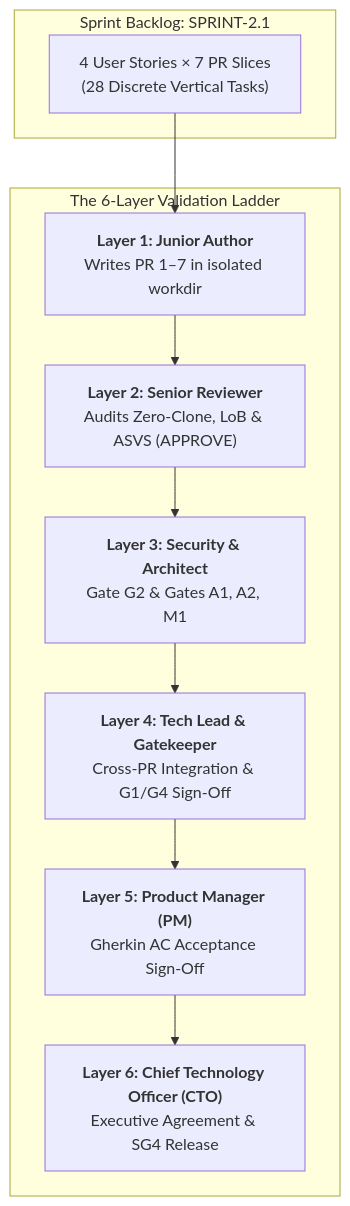
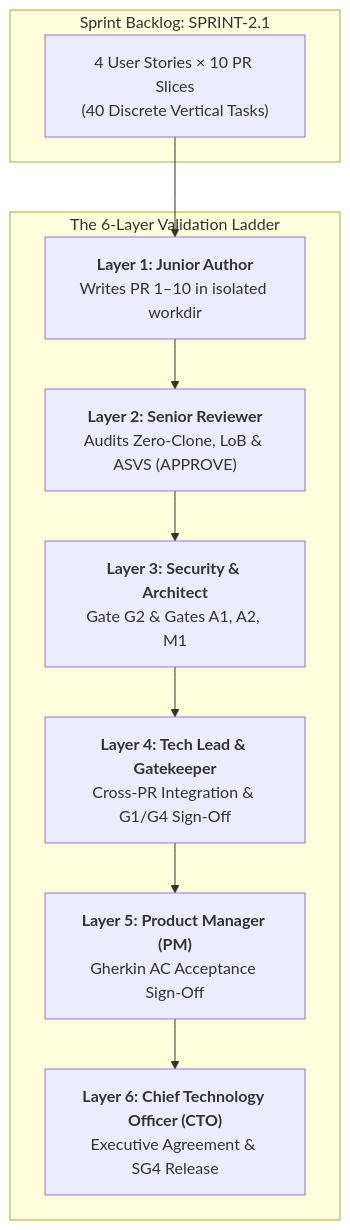
Before and after one commit to maheraladdin/some-commerce: the diagram in docs/sprints/sprint-2.1.md, drawn with Mermaid. The commit also changed other lines of this file and 11 other files, not shown here.

Commit message:
docs(sprints): expand multi-agent implementation plans from 7 to 10 PRs aligned with 10-pillar architecture

````diff
--- a/docs/sprints/sprint-2.1.md
+++ b/docs/sprints/sprint-2.1.md
@@ -68,17 +68,17 @@
 ```mermaid
 flowchart TD
     subgraph "Sprint Backlog: SPRINT-2.1"
-        STORIES["4 User Stories × 7 PR Slices<br/>(28 Discrete Vertical Tasks)"]
+        STORIES["4 User Stories × 10 PR Slices<br/>(40 Discrete Vertical Tasks)"]
     end
 
     subgraph "The 6-Layer Validation Ladder"
-        L1["<b>Layer 1: Junior Author</b><br/>Writes PR 1–7 in isolated workdir"]
+        L1["<b>Layer 1: Junior Author</b><br/>Writes PR 1–10 in isolated workdir"]
         --> L2["<b>Layer 2: Senior Reviewer</b><br/>Audits Zero-Clone, LoB & ASVS (APPROVE)"]
         --> L3["<b>Layer 3: Security & Architect</b><br/>Gate G2 & Gates A1, A2, M1"]
         --> L4["<b>Layer 4: Tech Lead & Gatekeeper</b><br/>Cross-PR Integration & G1/G4 Sign-Off"]
         --> L5["<b>Layer 5: Product Manager (PM)</b><br/>Gherkin AC Acceptance Sign-Off"]
         --> L6["<b>Layer 6: Chief Technology Officer (CTO)</b><br/>Executive Agreement & SG4 Release"]
     end
 
     STORIES --> L1
 ```
````
